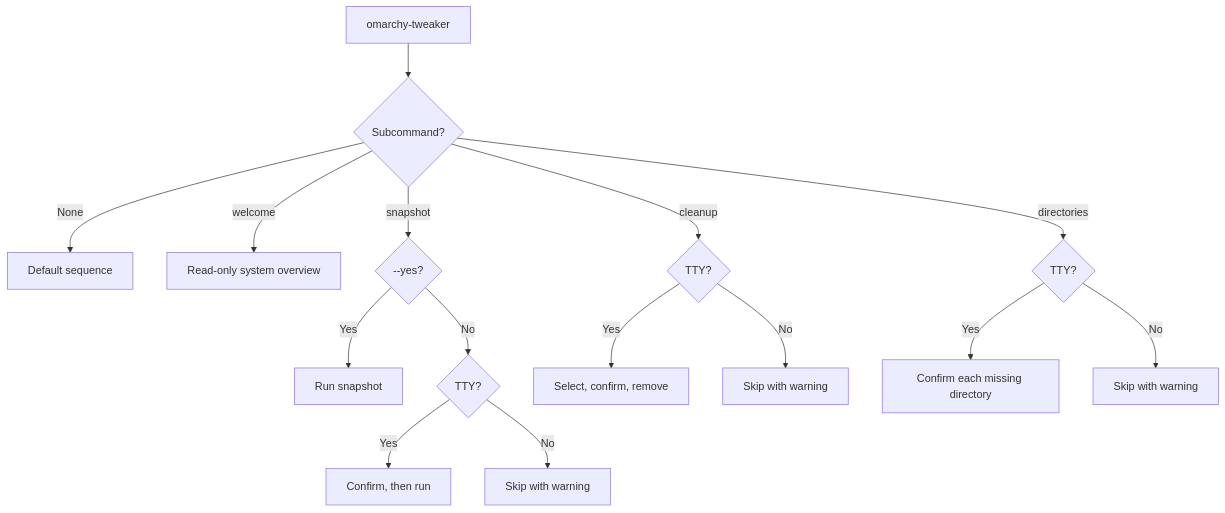
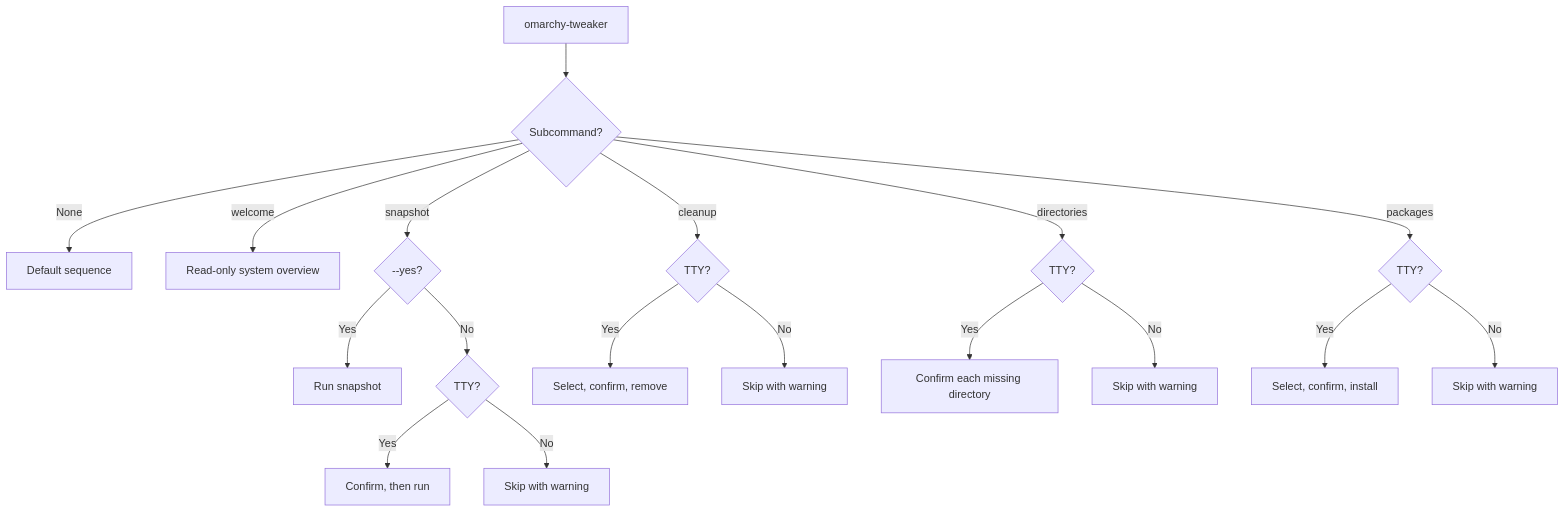
One commit to Armoghans-Organization/Omarchy-Tweaker changed the first of 2 diagrams in docs/commands.md. Above: the diagram before and after it, drawn with Mermaid. The commit also changed other lines of this file and 19 other files, not shown here.

Commit message:
feat(packages): Select and install Required AUR and Pacman Packages

````diff
--- a/docs/commands.md
+++ b/docs/commands.md
@@ -20,17 +21,20 @@
 ```mermaid
 flowchart TD
     A[omarchy-tweaker] --> B{Subcommand?}
     B -- None --> C[Default sequence]
     B -- welcome --> D[Read-only system overview]
     B -- snapshot --> E{--yes?}
     E -- Yes --> F[Run snapshot]
     E -- No --> G{TTY?}
     G -- Yes --> H[Confirm, then run]
     G -- No --> I[Skip with warning]
     B -- cleanup --> J{TTY?}
     J -- Yes --> K[Select, confirm, remove]
     J -- No --> L[Skip with warning]
     B -- directories --> M{TTY?}
     M -- Yes --> N[Confirm each missing directory]
     M -- No --> O[Skip with warning]
+    B -- packages --> P{TTY?}
+    P -- Yes --> Q[Select, confirm, install]
+    P -- No --> R[Skip with warning]
 ```
````
